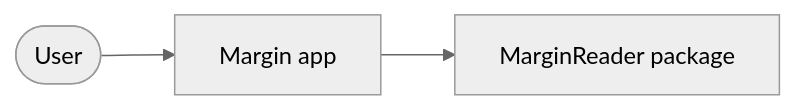
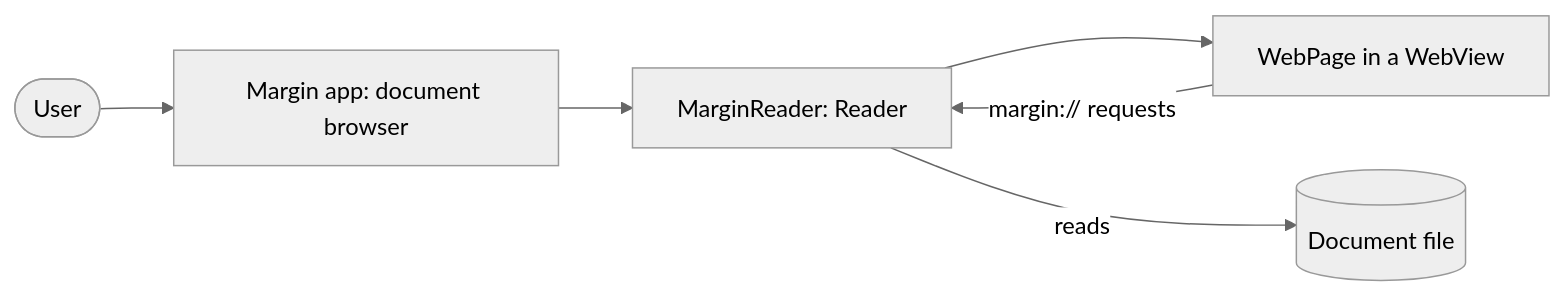
The diagram in docs/architecture.md (tomchen86/Margin), drawn with Mermaid (neutral theme) before and after one commit. The commit also changed 21 other files, not shown here.

First line of the commit message:
Document browser and plain text: spec and failing tests (#27)

````diff
--- a/docs/architecture.md
+++ b/docs/architecture.md
@@ -5,5 +5,8 @@
 ```mermaid
 flowchart LR
-  user([User]) --> app[Margin app]
-  app --> reader[MarginReader package]
+  user([User]) --> app[Margin app: document browser]
+  app --> reader[MarginReader: Reader]
+  reader --> page[WebPage in a WebView]
+  page -- "margin:// requests" --> reader
+  reader -- reads --> file[(Document file)]
 ```
````
